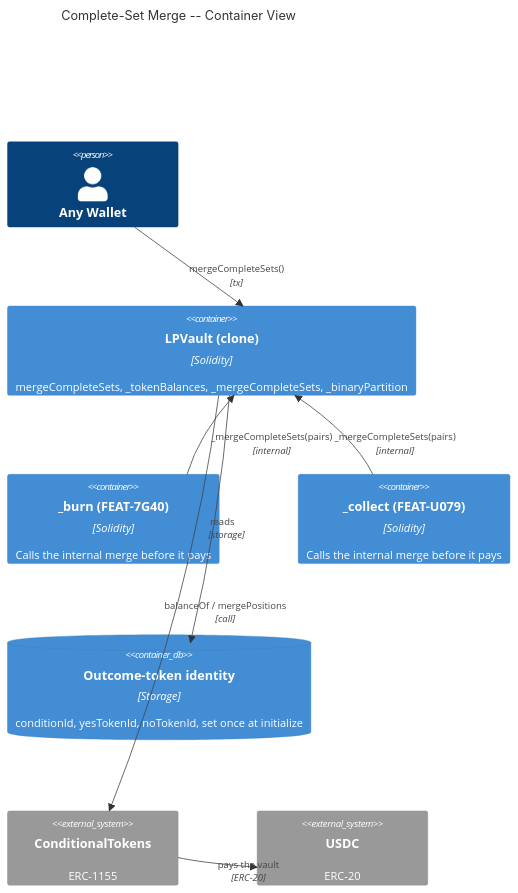
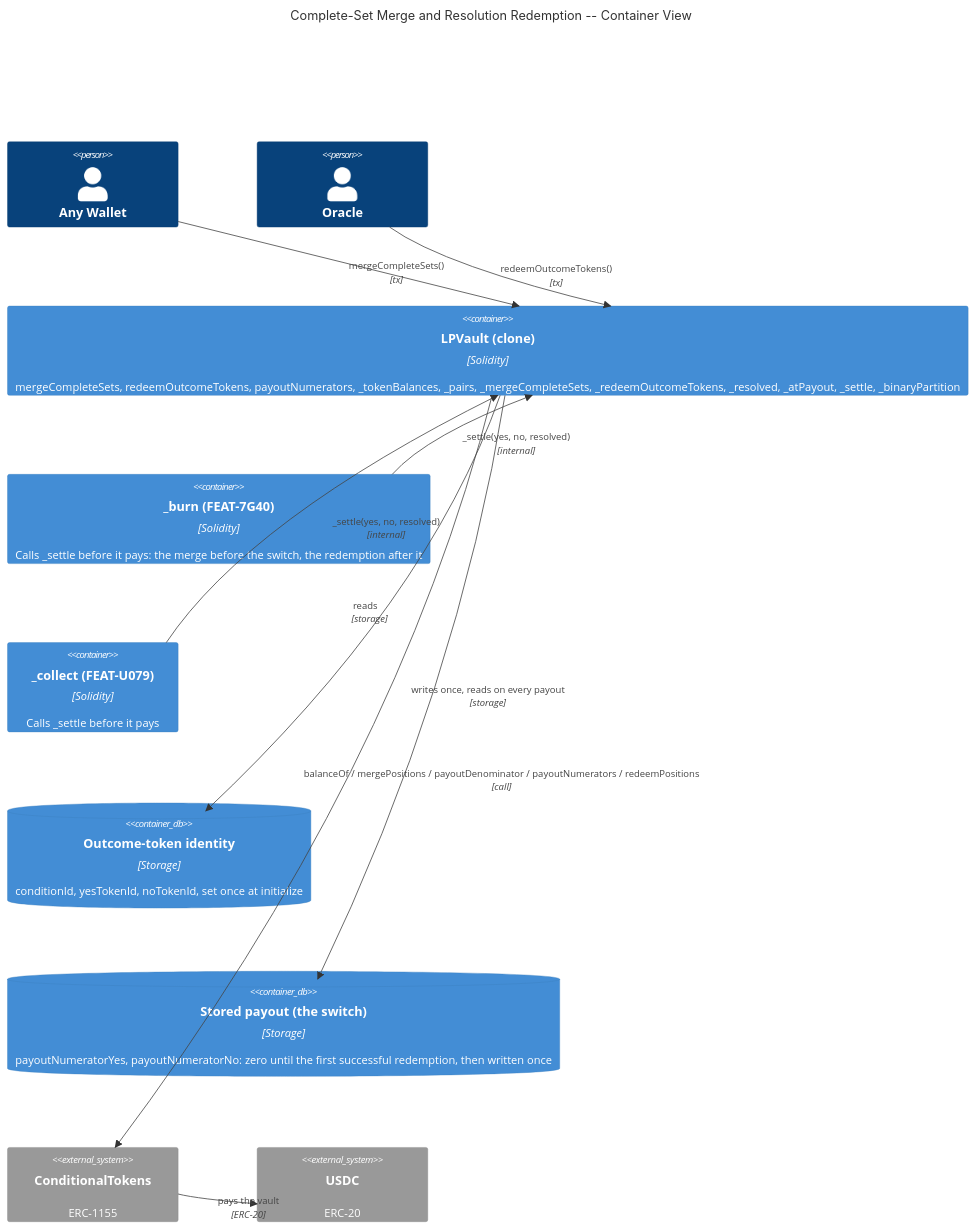
One commit to ProphetMarket/lp-vaults changed the second of 3 diagrams in specs/features/contracts/FEAT-6HBN-complete-set-merge-and-resolution/ARCHITECTURE.md. Above: the diagram before and after it, drawn with Mermaid. The commit also changed other lines of this file and 31 other files, not shown here.

First line of the commit message:
spec (vault): Specify the redemption and the switch

````diff
--- a/specs/features/contracts/FEAT-6HBN-complete-set-merge-and-resolution/ARCHITECTURE.md
+++ b/specs/features/contracts/FEAT-6HBN-complete-set-merge-and-resolution/ARCHITECTURE.md
@@ -31,17 +33,21 @@
 ```mermaid
 C4Container
-    title Complete-Set Merge -- Container View
+    title Complete-Set Merge and Resolution Redemption -- Container View
     Person(wallet, "Any Wallet")
-    Container(vault, "LPVault (clone)", "Solidity", "mergeCompleteSets, _tokenBalances, _mergeCompleteSets, _binaryPartition")
-    Container(burn, "_burn (FEAT-7G40)", "Solidity", "Calls the internal merge before it pays")
-    Container(collect, "_collect (FEAT-U079)", "Solidity", "Calls the internal merge before it pays")
+    Person(oracle, "Oracle")
+    Container(vault, "LPVault (clone)", "Solidity", "mergeCompleteSets, redeemOutcomeTokens, payoutNumerators, _tokenBalances, _pairs, _mergeCompleteSets, _redeemOutcomeTokens, _resolved, _atPayout, _settle, _binaryPartition")
+    Container(burn, "_burn (FEAT-7G40)", "Solidity", "Calls _settle before it pays: the merge before the switch, the redemption after it")
+    Container(collect, "_collect (FEAT-U079)", "Solidity", "Calls _settle before it pays")
     ContainerDb(identity, "Outcome-token identity", "Storage", "conditionId, yesTokenId, noTokenId, set once at initialize")
+    ContainerDb(payout, "Stored payout (the switch)", "Storage", "payoutNumeratorYes, payoutNumeratorNo: zero until the first successful redemption, then written once")
     System_Ext(ctf, "ConditionalTokens", "ERC-1155")
     System_Ext(usdc, "USDC", "ERC-20")
     Rel(wallet, vault, "mergeCompleteSets()", "tx")
-    Rel(burn, vault, "_mergeCompleteSets(pairs)", "internal")
-    Rel(collect, vault, "_mergeCompleteSets(pairs)", "internal")
+    Rel(oracle, vault, "redeemOutcomeTokens()", "tx")
+    Rel(burn, vault, "_settle(yes, no, resolved)", "internal")
+    Rel(collect, vault, "_settle(yes, no, resolved)", "internal")
     Rel(vault, identity, "reads", "storage")
-    Rel(vault, ctf, "balanceOf / mergePositions", "call")
+    Rel(vault, payout, "writes once, reads on every payout", "storage")
+    Rel(vault, ctf, "balanceOf / mergePositions / payoutDenominator / payoutNumerators / redeemPositions", "call")
     Rel(ctf, usdc, "pays the vault", "ERC-20")
 ```
````
